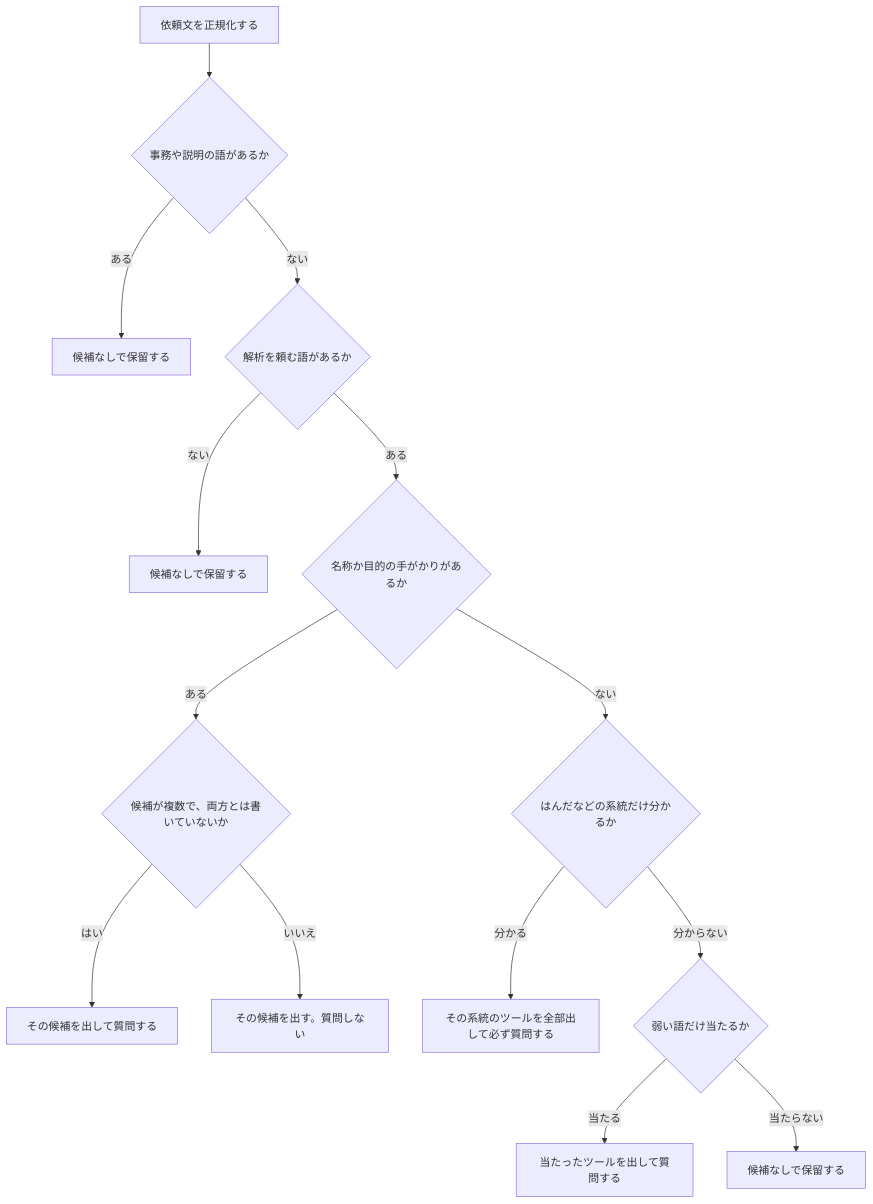
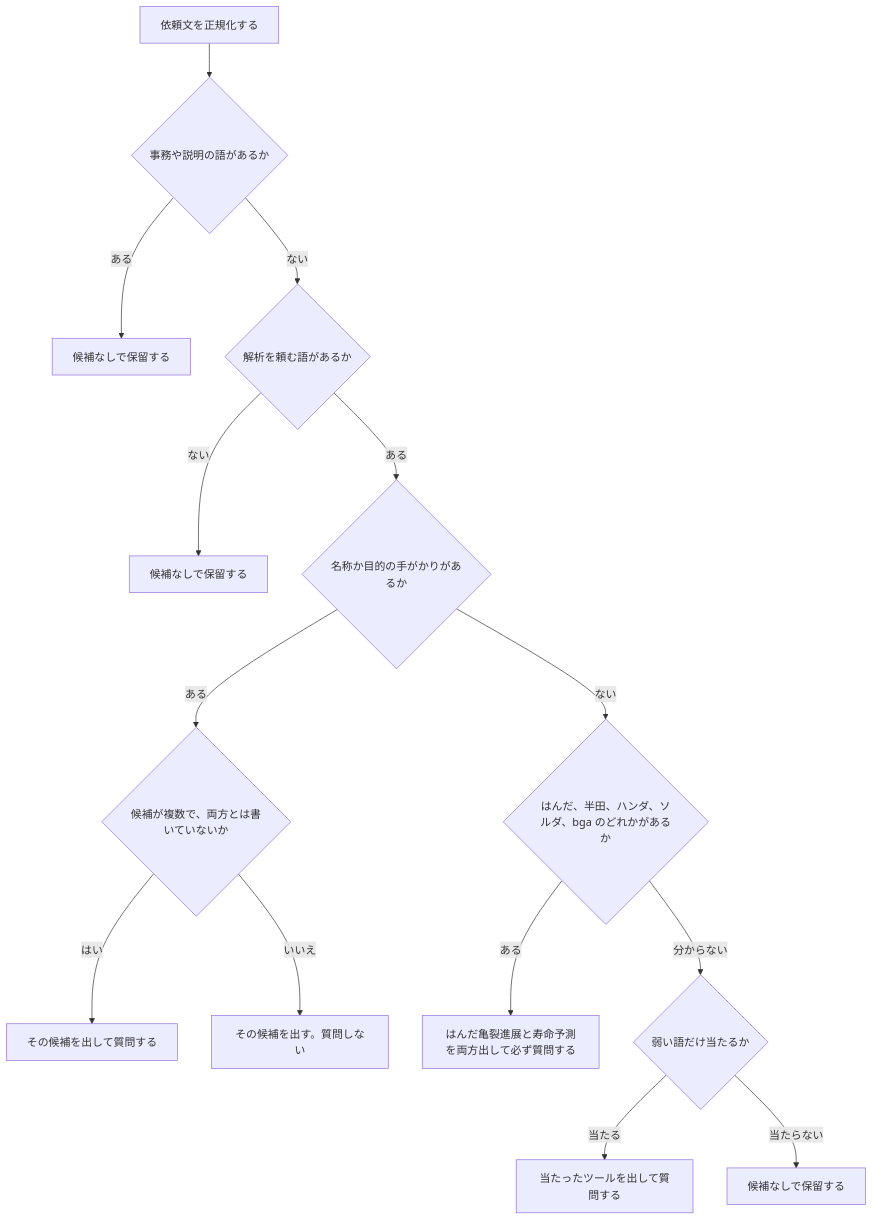
Before and after one commit to mskhtr/tool-selection-eval: the second of 4 diagrams in reports/latest.md, drawn with Mermaid. The commit also changed other lines of this file and 3 other files, not shown here.

````diff
--- a/reports/latest.md
+++ b/reports/latest.md
@@ -87,16 +87,16 @@
 ```mermaid
 flowchart TD
     input["依頼文を正規化する"] --> meta{"事務や説明の語があるか"}
     meta -->|ある| veto["候補なしで保留する"]
     meta -->|ない| verb{"解析を頼む語があるか"}
     verb -->|ない| noverb["候補なしで保留する"]
     verb -->|ある| strong{"名称か目的の手がかりがあるか"}
     strong -->|ある| multi{"候補が複数で、両方とは書いていないか"}
     multi -->|はい| ask["その候補を出して質問する"]
     multi -->|いいえ| keep["その候補を出す。質問しない"]
-    strong -->|ない| family{"はんだなどの系統だけ分かるか"}
-    family -->|分かる| fam["その系統のツールを全部出して必ず質問する"]
+    strong -->|ない| family{"はんだ、半田、ハンダ、ソルダ、bga のどれかがあるか"}
+    family -->|ある| fam["はんだ亀裂進展と寿命予測を両方出して必ず質問する"]
     family -->|分からない| weak{"弱い語だけ当たるか"}
     weak -->|当たる| weakask["当たったツールを出して質問する"]
     weak -->|当たらない| none["候補なしで保留する"]
 ```
````
